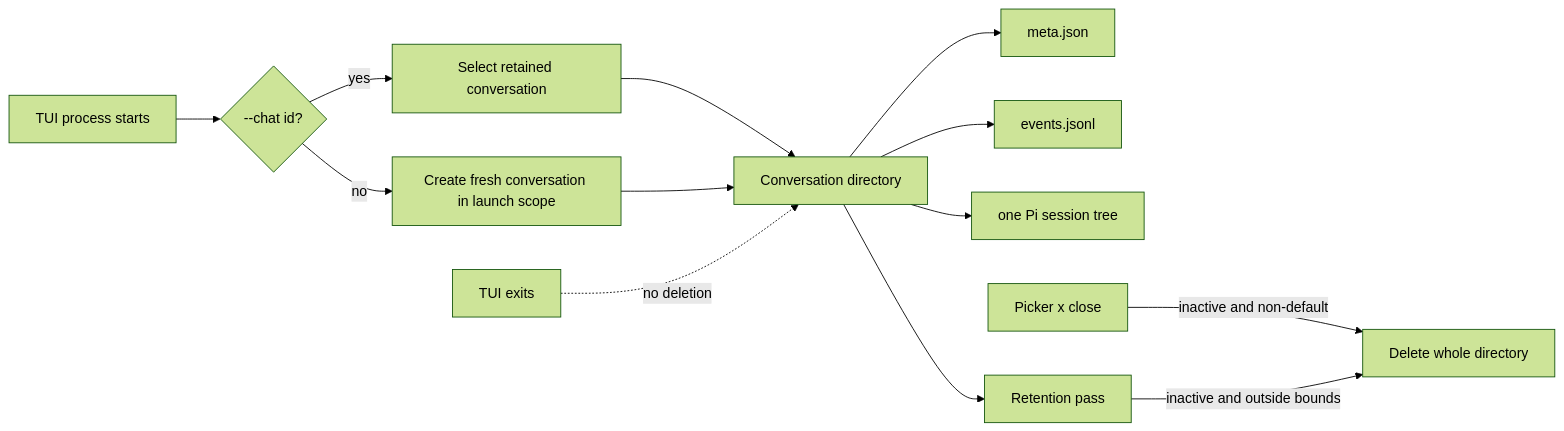
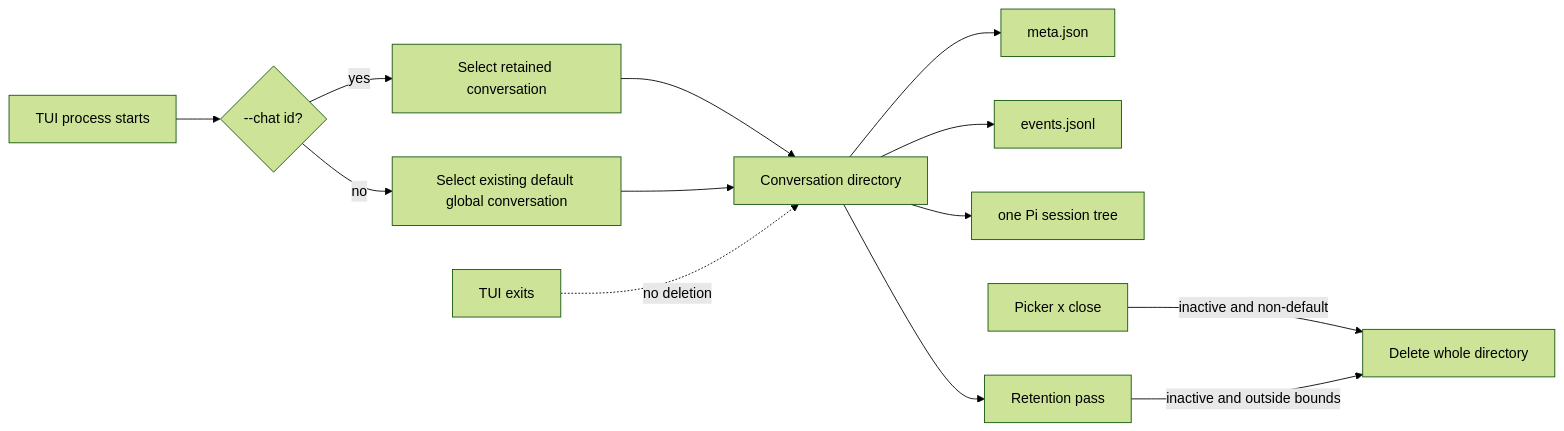
The diagram in docs/adr/0111-a-console-process-starts-one-conversation.md (Volpestyle/clankie), drawn with Mermaid (forest theme) before and after one commit. The commit also changed other lines of this file and 12 other files, not shown here.

````diff
--- a/docs/adr/0111-a-console-process-starts-one-conversation.md
+++ b/docs/adr/0111-a-console-process-starts-one-conversation.md
@@ -51,15 +49,15 @@
 ```mermaid
 flowchart LR
     Start[TUI process starts] --> Choice{--chat id?}
     Choice -->|yes| Resume[Select retained conversation]
-    Choice -->|no| Create[Create fresh conversation in launch scope]
+    Choice -->|no| Default[Select existing default global conversation]
     Resume --> Room[Conversation directory]
-    Create --> Room
+    Default --> Room
     Room --> Meta[meta.json]
     Room --> Events[events.jsonl]
     Room --> Pi[one Pi session tree]
     Exit[TUI exits] -. no deletion .-> Room
     Picker[Picker x close] -->|inactive and non-default| Delete
     Retention[Retention pass] -->|inactive and outside bounds| Delete[Delete whole directory]
     Room --> Retention
 ```
````
